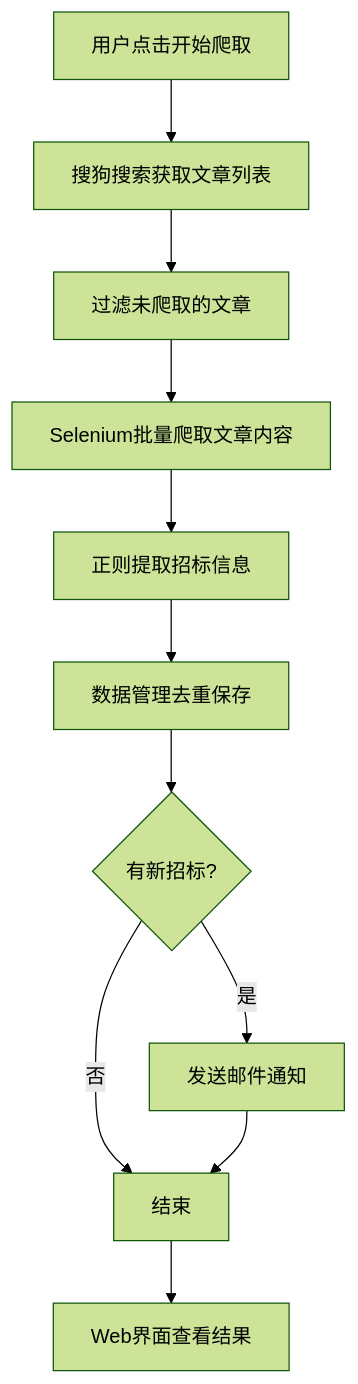
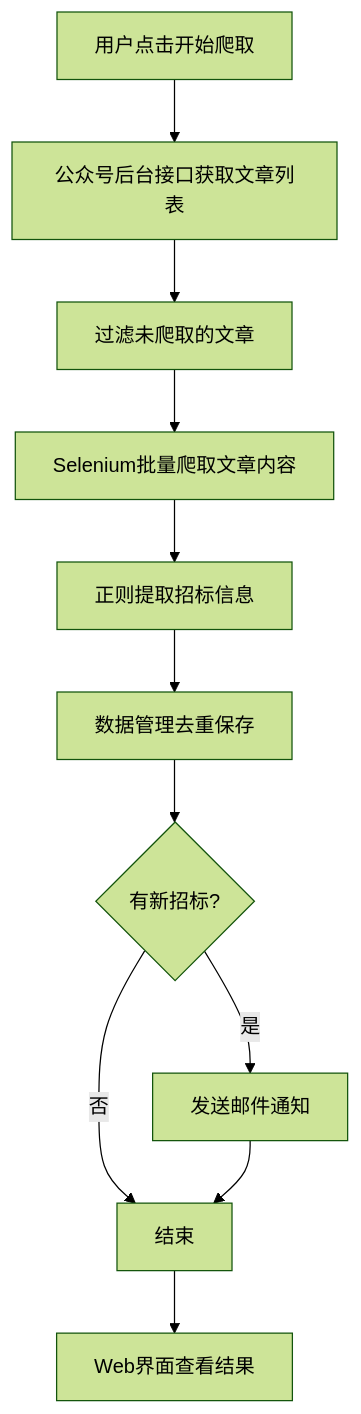
Before and after one commit to liumingjian/qixiaofu-bid-crawler: the diagram in docs/PRD.md, drawn with Mermaid (forest theme). The commit also changed other lines of this file and 11 other files, not shown here.

````diff
--- a/docs/PRD.md
+++ b/docs/PRD.md
@@ -232,13 +232,13 @@
 ```mermaid
 graph TD
-    A[用户点击开始爬取] --> B[搜狗搜索获取文章列表]
+    A[用户点击开始爬取] --> B[公众号后台接口获取文章列表]
     B --> C[过滤未爬取的文章]
     C --> D[Selenium批量爬取文章内容]
     D --> E[正则提取招标信息]
     E --> F[数据管理去重保存]
     F --> G{有新招标?}
     G -->|是| H[发送邮件通知]
     G -->|否| I[结束]
     H --> I
     I --> J[Web界面查看结果]
 ```
````
